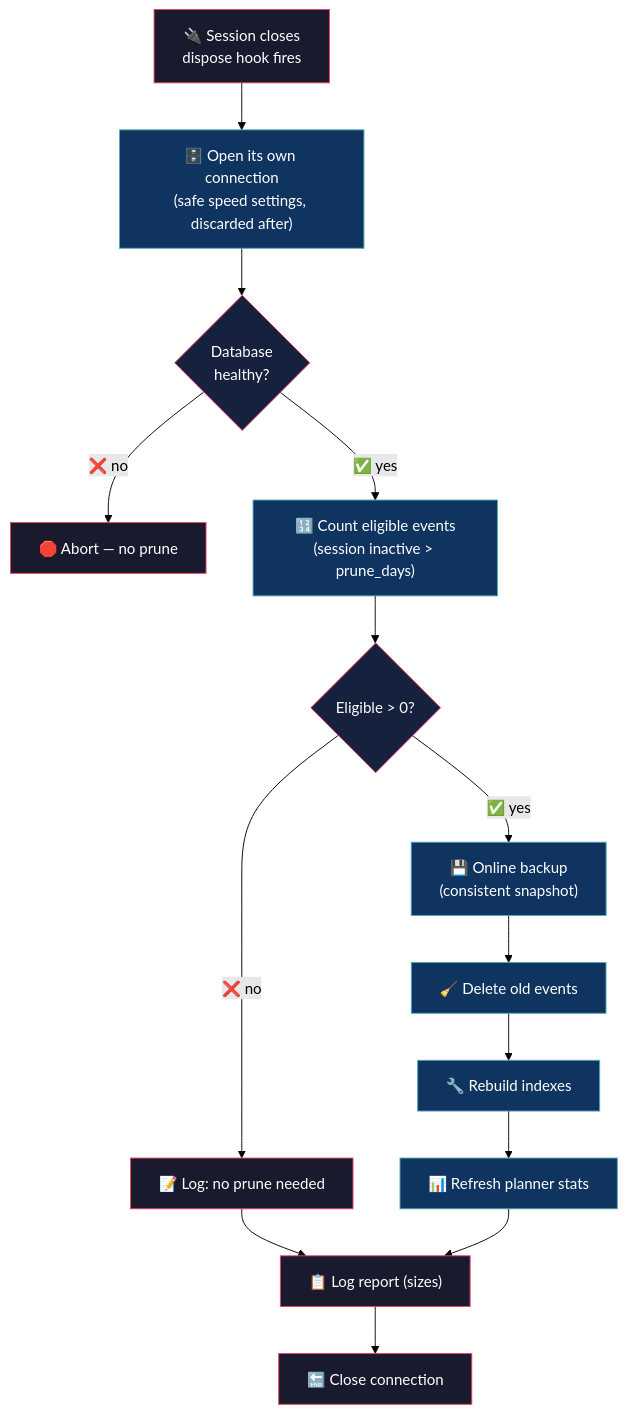
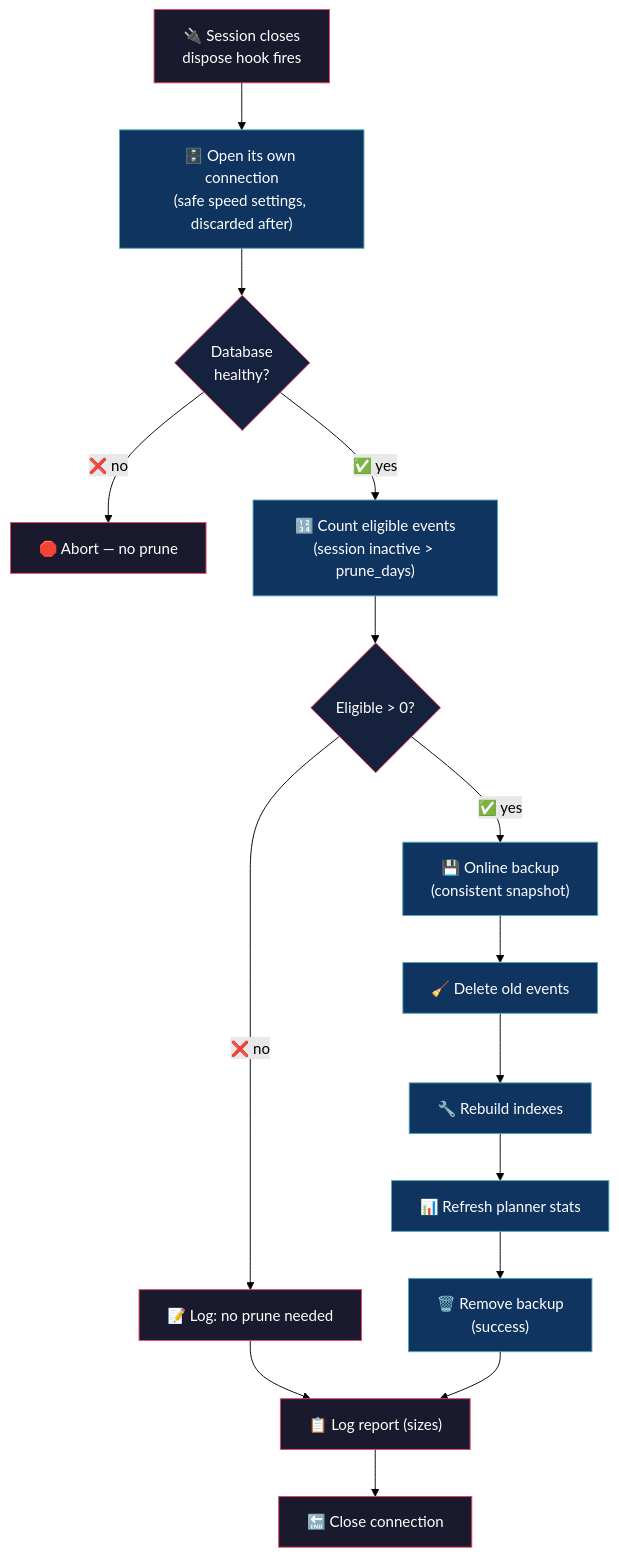
One commit to alejo54dev/opencode-db-prunetor changed the diagram in README.md. Above: the diagram before and after it, drawn with Mermaid (forest theme). The commit also changed other lines of this file and 2 other files, not shown here.

First line of the commit message:
refactor: temporary automatic backup, drop backup/backup_path config

````diff
--- a/README.md
+++ b/README.md
@@ -33,31 +33,33 @@
 ```mermaid
 flowchart TD
     A["🔌 Session closes<br/>dispose hook fires"]
     A --> B["🗄️ Open its own connection<br/>(safe speed settings, discarded after)"]
     B --> C{"Database<br/>healthy?"}
     C -->|"❌ no"| Z["🛑 Abort — no prune"]
     C -->|"✅ yes"| D["🔢 Count eligible events<br/>(session inactive > prune_days)"]
     D --> E{"Eligible > 0?"}
     E -->|"❌ no"| R["📝 Log: no prune needed"]
     E -->|"✅ yes"| F["💾 Online backup<br/>(consistent snapshot)"]
     F --> G["🧹 Delete old events"]
     G --> H["🔧 Rebuild indexes"]
     H --> I["📊 Refresh planner stats"]
+    I --> L["🗑️ Remove backup<br/>(success)"]
     R --> J["📋 Log report (sizes)"]
-    I --> J
+    L --> J
     J --> K["🔚 Close connection"]
 
     style A fill:#1a1a2e,stroke:#e94560,color:#fff
     style B fill:#0f3460,stroke:#53a8b6,color:#fff
     style C fill:#16213e,stroke:#e94560,color:#fff
     style D fill:#0f3460,stroke:#53a8b6,color:#fff
     style E fill:#16213e,stroke:#e94560,color:#fff
     style F fill:#0f3460,stroke:#53a8b6,color:#fff
     style G fill:#0f3460,stroke:#53a8b6,color:#fff
     style H fill:#0f3460,stroke:#53a8b6,color:#fff
     style I fill:#0f3460,stroke:#53a8b6,color:#fff
+    style L fill:#0f3460,stroke:#53a8b6,color:#fff
     style J fill:#1a1a2e,stroke:#e94560,color:#fff
     style K fill:#1a1a2e,stroke:#e94560,color:#fff
     style R fill:#1a1a2e,stroke:#e94560,color:#fff
     style Z fill:#1a1a2e,stroke:#e94560,color:#fff
 ```
````
